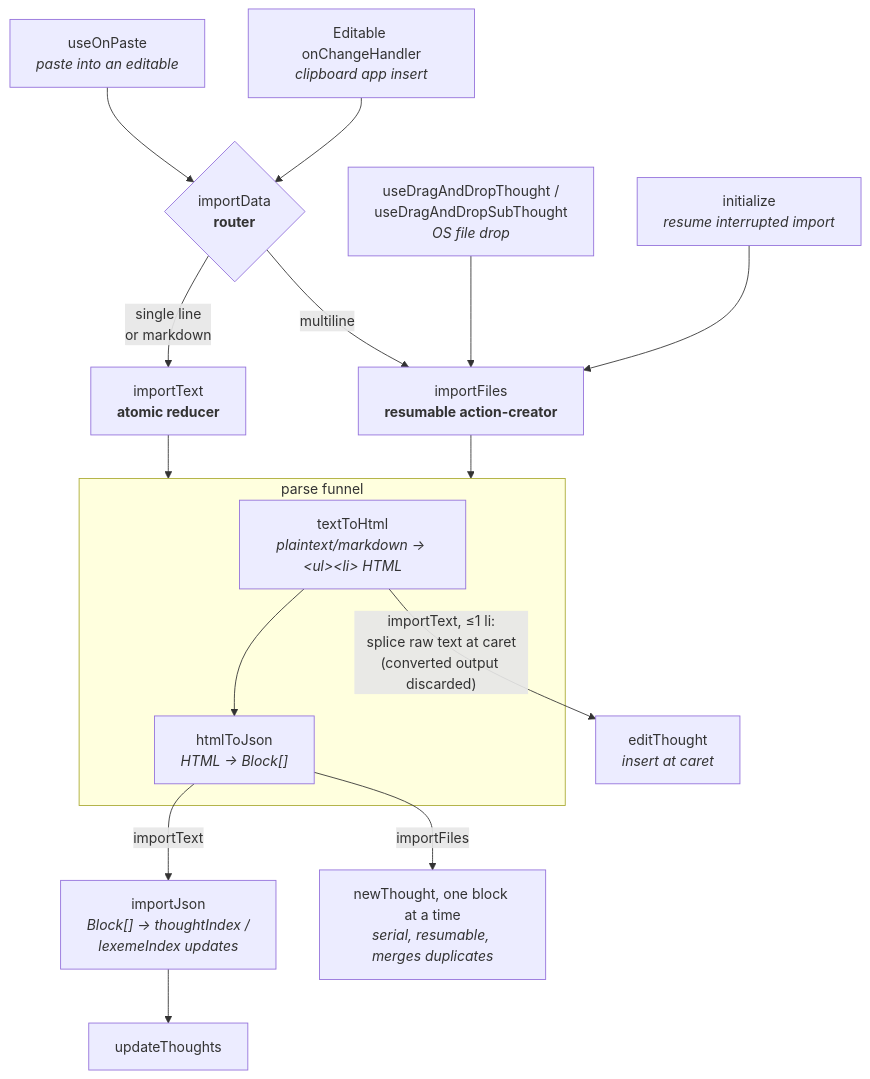
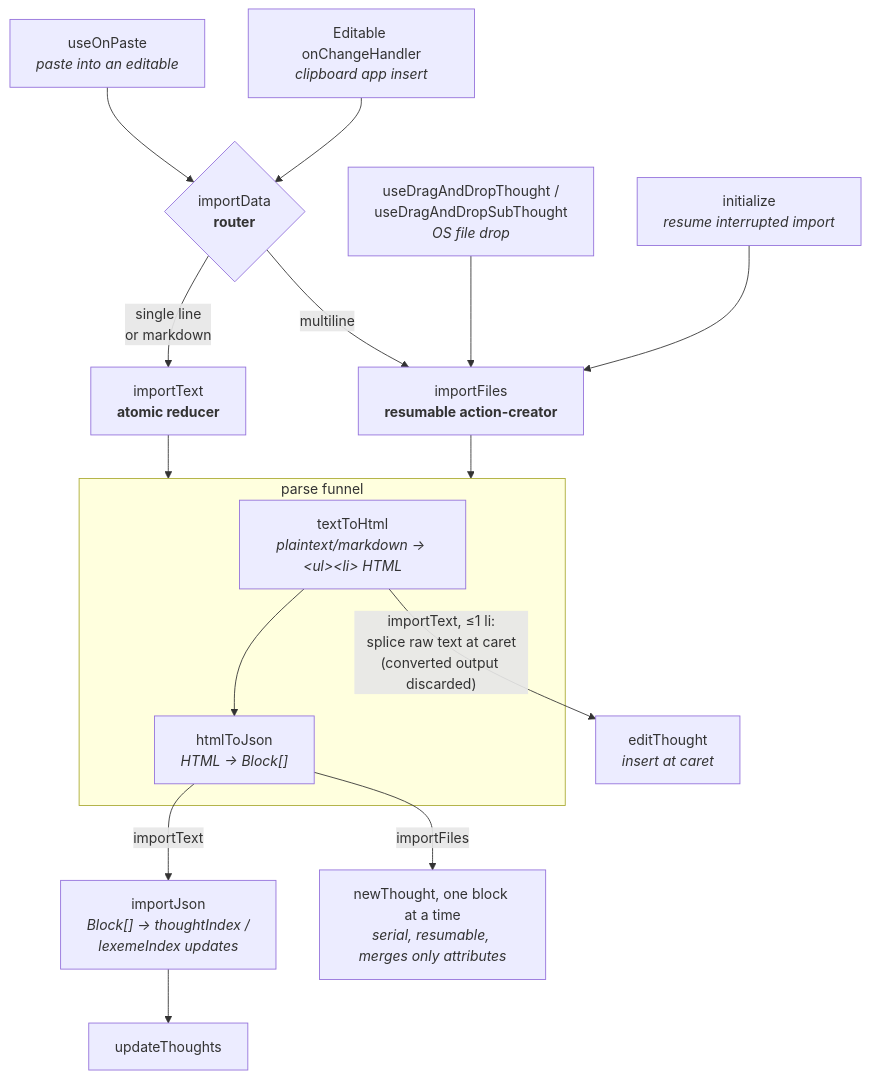
Before and after one commit to cybersemics/em: the first of 3 diagrams in docs/import-pipeline.md, drawn with Mermaid. The commit also changed other lines of this file, not shown here.

Commit message:
docs(import-pipeline): both executors merge only attributes since #4539

````diff
--- a/docs/import-pipeline.md
+++ b/docs/import-pipeline.md
@@ -9,36 +9,36 @@
 ```mermaid
 flowchart TD
     paste["useOnPaste<br/><i>paste into an editable</i>"]
     clipapp["Editable onChangeHandler<br/><i>clipboard app insert</i>"]
     dnd["useDragAndDropThought /<br/>useDragAndDropSubThought<br/><i>OS file drop</i>"]
     resume["initialize<br/><i>resume interrupted import</i>"]
 
     importData{"importData<br/><b>router</b>"}
     importText["importText<br/><b>atomic reducer</b>"]
     importFiles["importFiles<br/><b>resumable action-creator</b>"]
 
     paste --> importData
     clipapp --> importData
     importData -- "single line<br/>or markdown" --> importText
     importData -- "multiline" --> importFiles
     dnd --> importFiles
     resume --> importFiles
 
     subgraph funnel ["parse funnel"]
         textToHtml["textToHtml<br/><i>plaintext/markdown → &lt;ul&gt;&lt;li&gt; HTML</i>"]
         htmlToJson["htmlToJson<br/><i>HTML → Block[]</i>"]
         textToHtml --> htmlToJson
     end
 
     importText --> funnel
     importFiles --> funnel
 
     inline["editThought<br/><i>insert at caret</i>"]
     importJson["importJson<br/><i>Block[] → thoughtIndex /<br/>lexemeIndex updates</i>"]
-    newThought["newThought, one block at a time<br/><i>serial, resumable, merges duplicates</i>"]
+    newThought["newThought, one block at a time<br/><i>serial, resumable, merges only attributes</i>"]
 
     textToHtml -- "importText, ≤1 li:<br/>splice raw text at caret<br/>(converted output discarded)" --> inline
     htmlToJson -- "importText" --> importJson
     htmlToJson -- "importFiles" --> newThought
     importJson --> updateThoughts["updateThoughts"]
 ```
````
